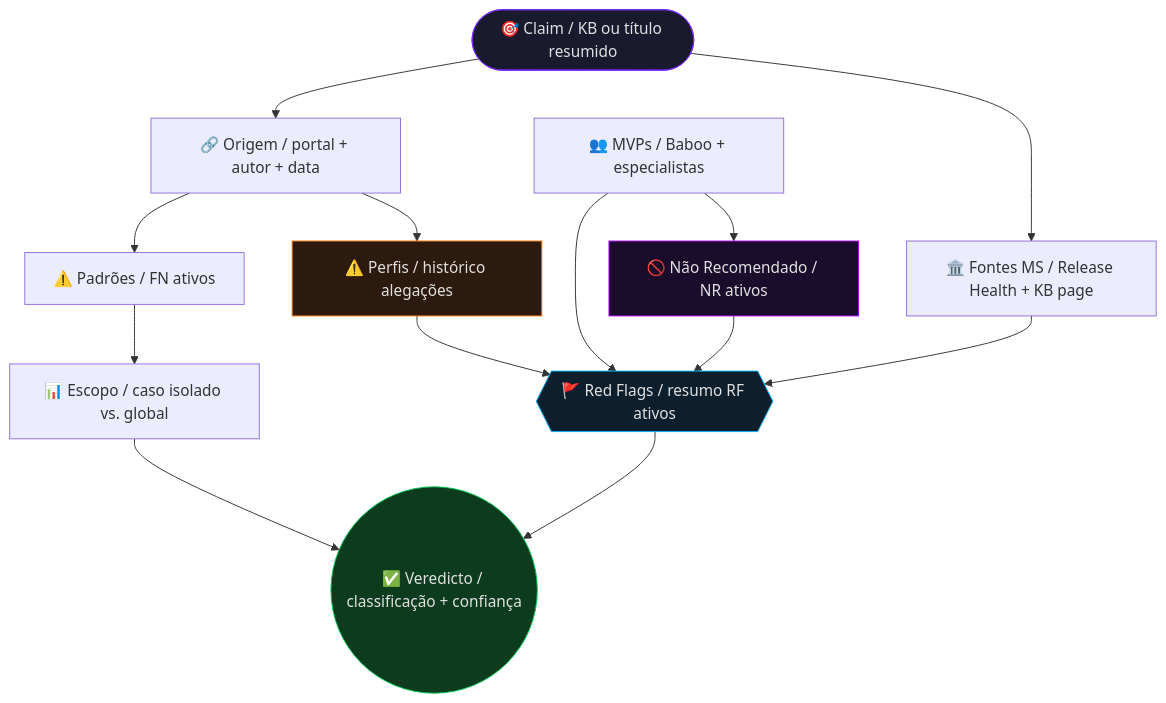
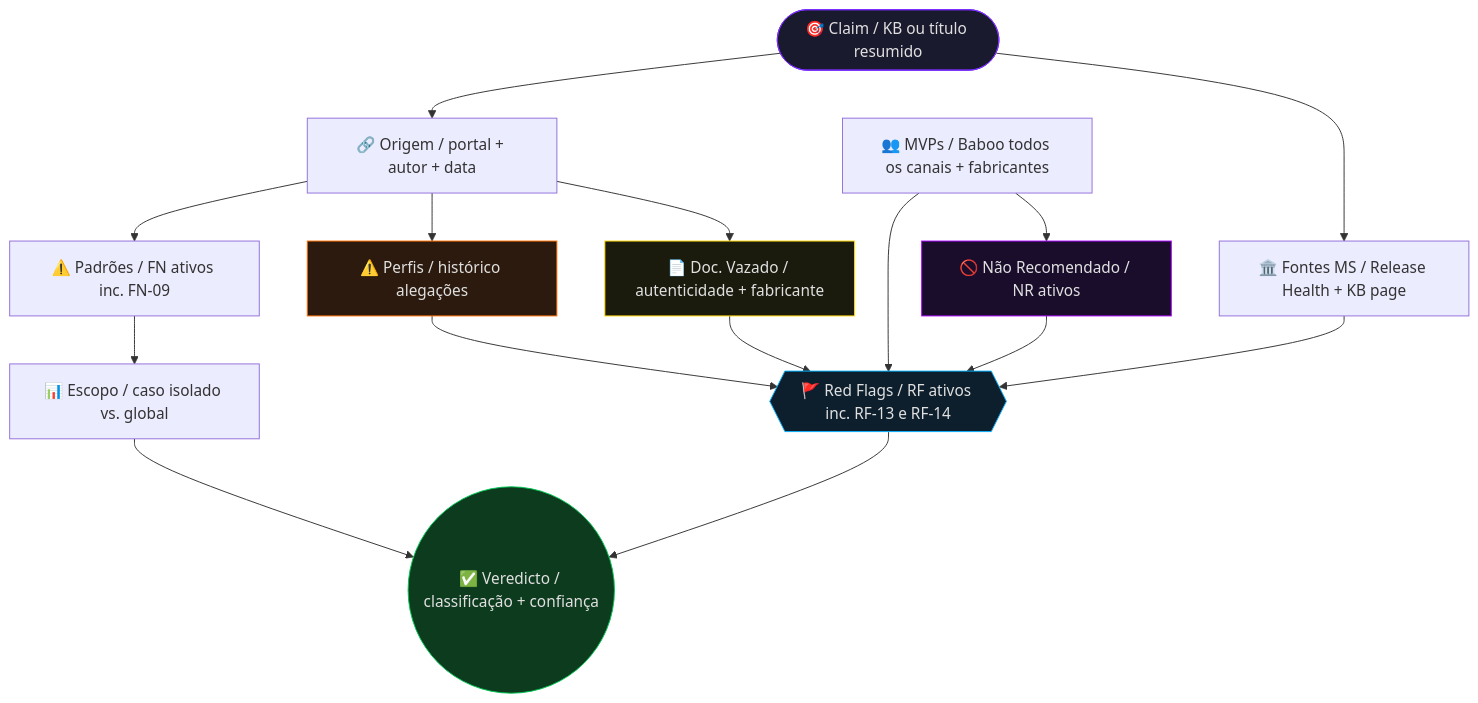
The diagram in agents/winprobe/README.md (ravenastar-js/ravagents), drawn with Mermaid before and after one commit. The commit also changed other lines of this file and 3 other files, not shown here.

````diff
--- a/agents/winprobe/README.md
+++ b/agents/winprobe/README.md
@@ -318,32 +275,36 @@
 ```mermaid
 flowchart TD
     CLAIM([🎯 Claim / KB ou título resumido]):::target
     ORIGIN[🔗 Origem / portal + autor + data]
     MSOURCE[🏛️ Fontes MS / Release Health + KB page]
-    MVPS[👥 MVPs / Baboo + especialistas]
-    PATTERNS[⚠️ Padrões / FN ativos]
+    MVPS[👥 MVPs / Baboo todos os canais + fabricantes]
+    PATTERNS[⚠️ Padrões / FN ativos inc. FN-09]
     NOTRECOM[🚫 Não Recomendado / NR ativos]:::notrecom
-    REDFLAGS{{🚩 Red Flags / resumo RF ativos}}:::clean
+    REDFLAGS{{🚩 Red Flags / RF ativos inc. RF-13 e RF-14}}:::clean
     SCOPE[📊 Escopo / caso isolado vs. global]
     PROFILES[⚠️ Perfis / histórico alegações]:::profiles
+    LEAKEDDOC[📄 Doc. Vazado / autenticidade + fabricante]:::leakeddoc
     VERDICT((✅ Veredicto / classificação + confiança)):::verdict
 
     CLAIM --> ORIGIN
     CLAIM --> MSOURCE
     ORIGIN --> PATTERNS
     ORIGIN --> PROFILES
+    ORIGIN --> LEAKEDDOC
     MSOURCE --> REDFLAGS
     MVPS --> REDFLAGS
     MVPS --> NOTRECOM
     PATTERNS --> SCOPE
     PROFILES --> REDFLAGS
     NOTRECOM --> REDFLAGS
+    LEAKEDDOC --> REDFLAGS
     REDFLAGS --> VERDICT
     SCOPE --> VERDICT
 
     classDef target   fill:#1a1a2e,color:#e0e0e0,stroke:#7b2fff
     classDef verdict  fill:#0d3b1e,color:#e0e0e0,stroke:#00c853
     classDef clean    fill:#0d1f2d,color:#e0e0e0,stroke:#00b0ff
     classDef profiles fill:#2b1a0d,color:#e0e0e0,stroke:#ff6d00
     classDef notrecom fill:#1a0d2b,color:#e0e0e0,stroke:#aa00ff
+    classDef leakeddoc fill:#1a1a0d,color:#e0e0e0,stroke:#ffd600
 ```
````
